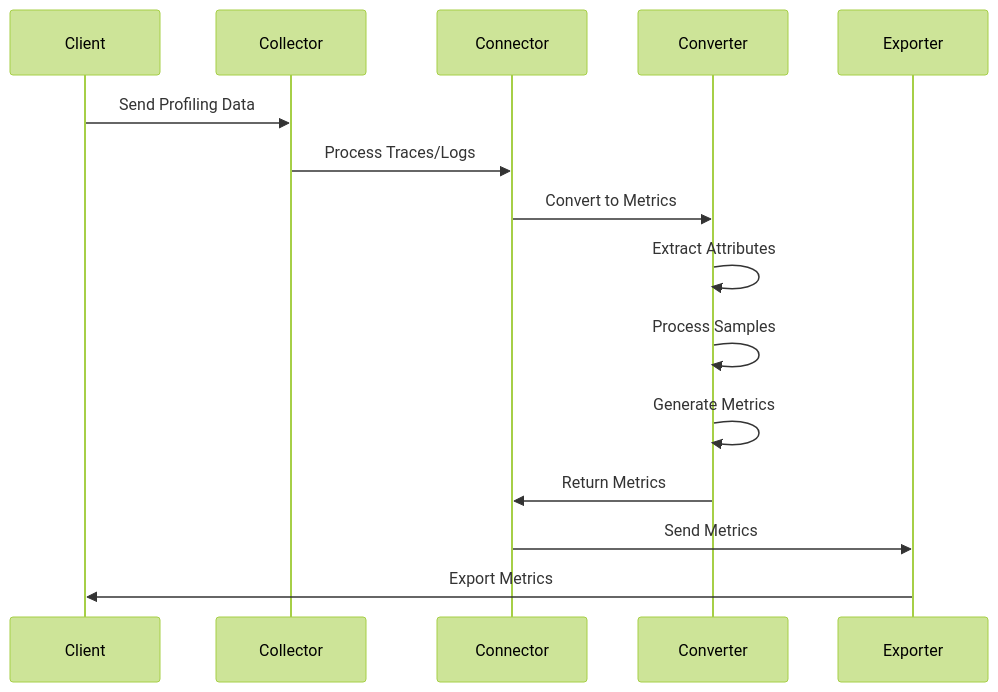
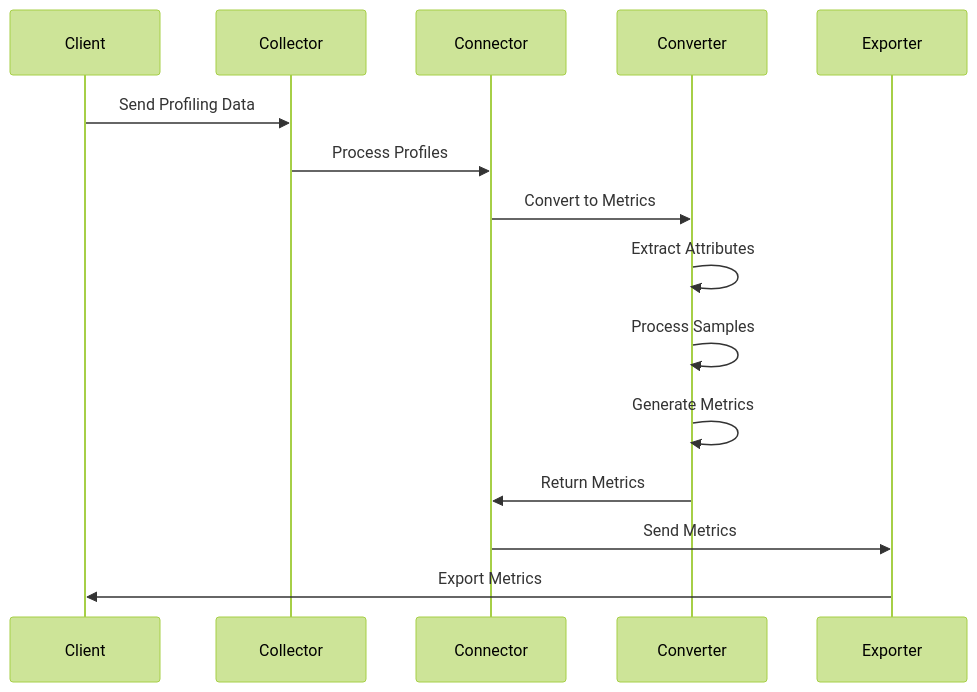
The third of 5 diagrams in docs/development/architecture.md (henrikrexed/profiletoMetrics), drawn with Mermaid (forest theme) before and after one commit. The commit also changed other lines of this file and 7 other files, not shown here.

First line of the commit message:
Remove traces references and focus on profiles-only usage

````diff
--- a/docs/development/architecture.md
+++ b/docs/development/architecture.md
@@ -39,18 +39,18 @@
 ```mermaid
 sequenceDiagram
     participant Client
     participant Collector
     participant Connector
     participant Converter
     participant Exporter
 
     Client->>Collector: Send Profiling Data
-    Collector->>Connector: Process Traces/Logs
+    Collector->>Connector: Process Profiles
     Connector->>Converter: Convert to Metrics
     Converter->>Converter: Extract Attributes
     Converter->>Converter: Process Samples
     Converter->>Converter: Generate Metrics
     Converter->>Connector: Return Metrics
     Connector->>Exporter: Send Metrics
     Exporter->>Client: Export Metrics
 ```
````
